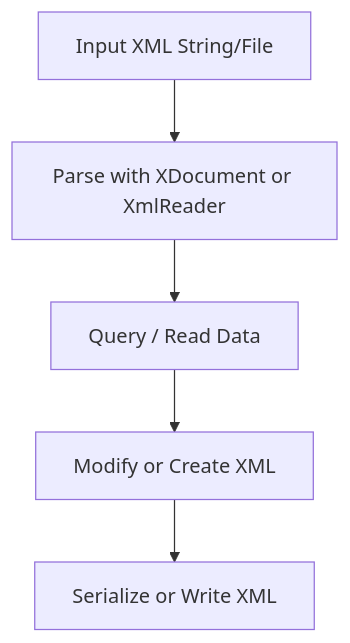
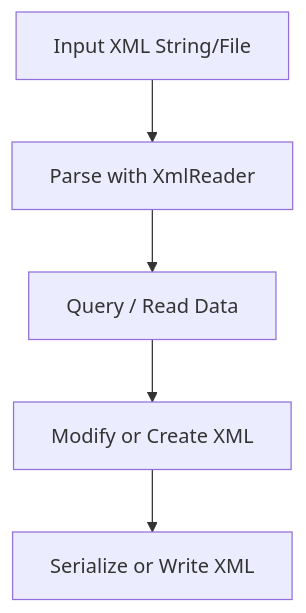
One commit to buribalkan/C-SHARP-Training changed the diagram in XML-Operations.md. Above: the diagram before and after it, drawn with Mermaid. The commit also changed other lines of this file, not shown here.

````diff
--- a/XML-Operations.md
+++ b/XML-Operations.md
@@ -181,7 +181,7 @@
 ```mermaid
 flowchart TD
-    A[Input XML String/File] --> B[Parse with XDocument or XmlReader]
+    A[Input XML String/File] --> B[Parse with XmlReader]
     B --> C[Query / Read Data]
     C --> D[Modify or Create XML]
     D --> E[Serialize or Write XML]
 ```
````
